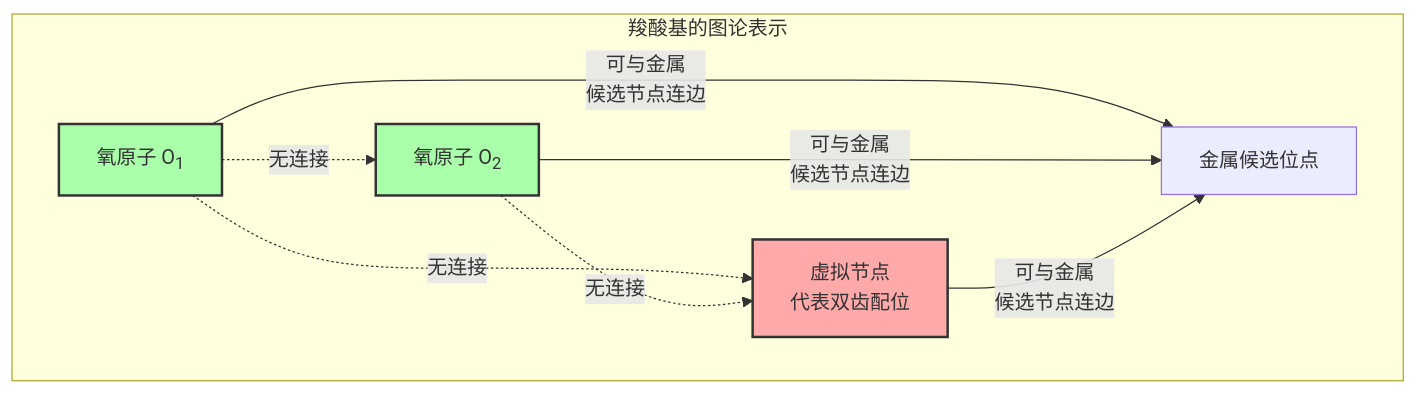
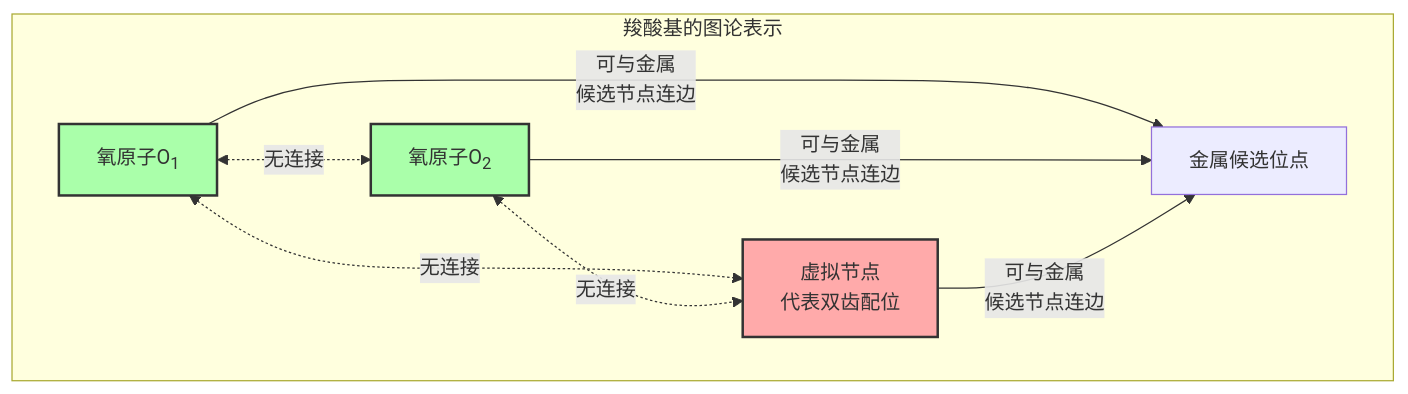
Before and after one commit to gxf1212/mendelevium: the second of 2 diagrams in _pages/Specific Sytems/Metal/2026-04-02-metalkb-metal-binding-site-prediction.md, drawn with Mermaid. The commit also changed other lines of this file and 21 other files, not shown here.

````diff
--- a/_pages/Specific Sytems/Metal/2026-04-02-metalkb-metal-binding-site-prediction.md
+++ b/_pages/Specific Sytems/Metal/2026-04-02-metalkb-metal-binding-site-prediction.md
@@ -182,21 +178,21 @@
 ```mermaid
 graph TB
     subgraph G[羧酸基的图论表示]
         direction LR
-        O1_node[氧原子 O<sub>1</sub>]
-        O2_node[氧原子 O<sub>2</sub>]
+        O1_node[氧原子O<sub>1</sub>]
+        O2_node[氧原子O<sub>2</sub>]
         V_node[虚拟节点<br/>代表双齿配位]
 
-        O1_node -.无连接.-> O2_node
-        O1_node -.无连接.-> V_node
-        O2_node -.无连接.-> V_node
+        O1_node <-.无连接.-> O2_node
+        O1_node <-.无连接.-> V_node
+        O2_node <-.无连接.-> V_node
 
         O1_node -->|可与金属<br/>候选节点连边| Metal[金属候选位点]
         O2_node -->|可与金属<br/>候选节点连边| Metal
         V_node -->|可与金属<br/>候选节点连边| Metal
     end
 
     style V_node fill:#faa,stroke:#333,stroke-width:2px
     style O1_node fill:#afa,stroke:#333,stroke-width:2px
     style O2_node fill:#afa,stroke:#333,stroke-width:2px
 ```
````
